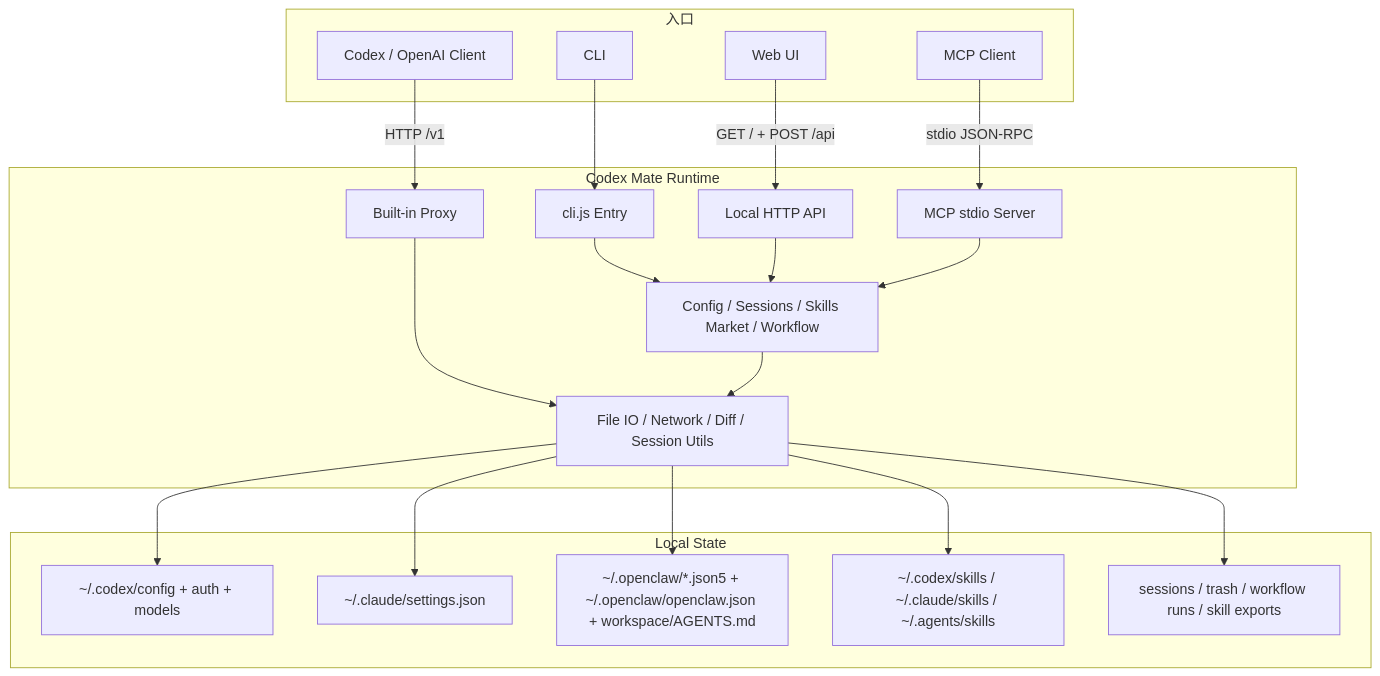
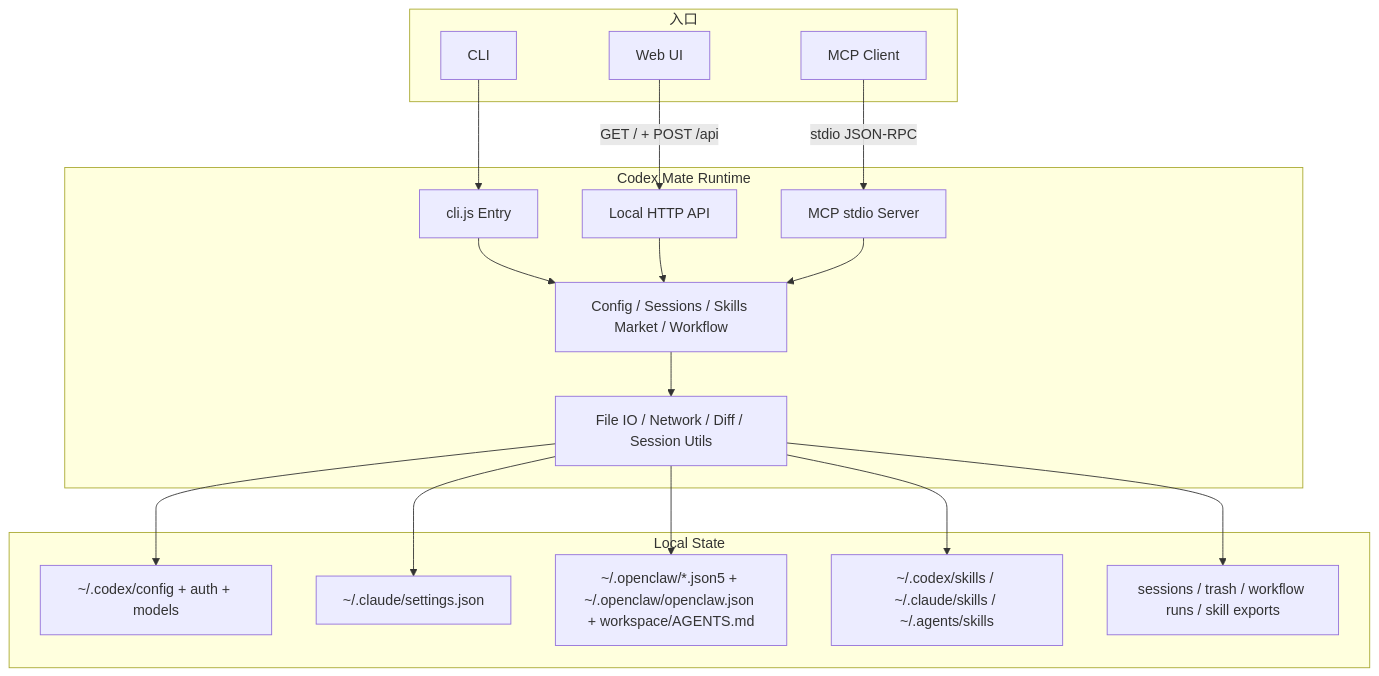
One commit to ymkiux/codexmate changed the diagram in README.md. Above: the diagram before and after it, drawn with Mermaid. The commit also changed other lines of this file and 5 other files, not shown here.

````diff
--- a/README.md
+++ b/README.md
@@ -71,44 +69,40 @@
 ```mermaid
 flowchart TB
     subgraph Interfaces["入口"]
       CLI["CLI"]
       WEB["Web UI"]
       MCP["MCP Client"]
-      OAI["Codex / OpenAI Client"]
     end
 
     subgraph Runtime["Codex Mate Runtime"]
       ENTRY["cli.js Entry"]
       API["Local HTTP API"]
       MCPS["MCP stdio Server"]
-      PROXY["Built-in Proxy"]
       SERVICES["Config / Sessions / Skills Market / Workflow"]
       CORE["File IO / Network / Diff / Session Utils"]
     end
 
     subgraph State["Local State"]
       CODEX["~/.codex/config + auth + models"]
       CLAUDE["~/.claude/settings.json"]
       OPENCLAW["~/.openclaw/*.json5 + ~/.openclaw/openclaw.json + workspace/AGENTS.md"]
       SKILLS["~/.codex/skills / ~/.claude/skills / ~/.agents/skills"]
       STATE["sessions / trash / workflow runs / skill exports"]
     end
 
     CLI --> ENTRY
     WEB -->|GET / + POST /api| API
     MCP -->|stdio JSON-RPC| MCPS
-    OAI -->|HTTP /v1| PROXY
 
     ENTRY --> SERVICES
     API --> SERVICES
     MCPS --> SERVICES
-    PROXY --> CORE
 
     SERVICES --> CORE
 
     CORE --> CODEX
     CORE --> CLAUDE
     CORE --> OPENCLAW
     CORE --> SKILLS
     CORE --> STATE
 ```
````
